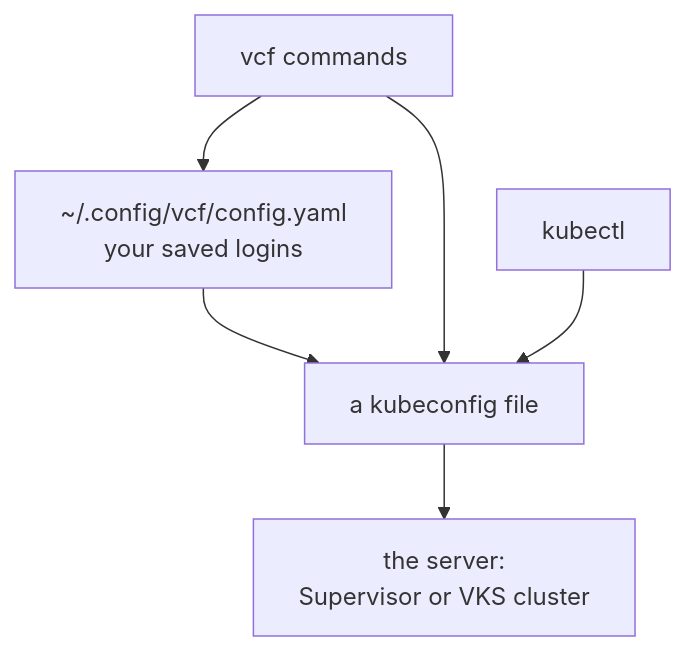
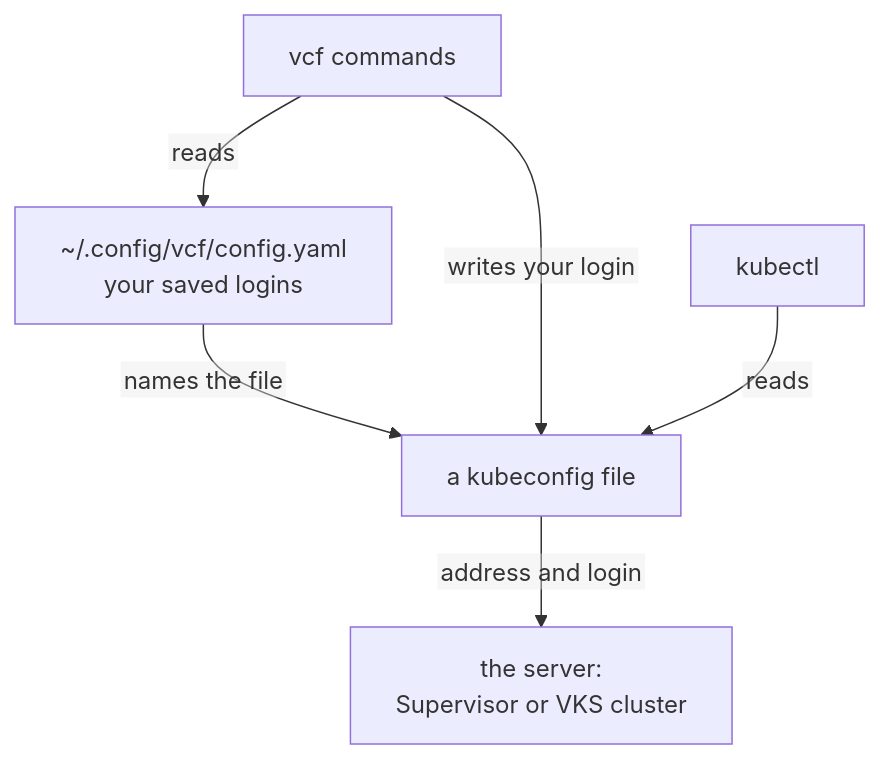
One commit to AndriyKalashnykov/vks-guides changed the first of 3 diagrams in docs/VCF.md. Above: the diagram before and after it, drawn with Mermaid. The commit also changed other lines of this file, not shown here.

Commit message:
docs: VCF.md review fixes: VKS cluster login is the guides' choice (SSO is Broadcom's default), kubeconfig terms explained, ambiguity removed

````diff
--- a/docs/VCF.md
+++ b/docs/VCF.md
@@ -269,9 +272,9 @@
 ```mermaid
 %%{init: {"flowchart": {"htmlLabels": false, "wrappingWidth": 600}}}%%
 flowchart TB
-  vcf["vcf commands"] --> CFG["~/.config/vcf/config.yaml<br/>your saved logins"]
-  CFG --> KC["a kubeconfig file"]
-  vcf --> KC
-  kubectl["kubectl"] --> KC
-  KC --> S["the server:<br/>Supervisor or VKS cluster"]
+  vcf["vcf commands"] -- reads --> CFG["~/.config/vcf/config.yaml<br/>your saved logins"]
+  CFG -- "names the file" --> KC["a kubeconfig file"]
+  vcf -- "writes your login" --> KC
+  kubectl["kubectl"] -- reads --> KC
+  KC -- "address and login" --> S["the server:<br/>Supervisor or VKS cluster"]
 ```
````
